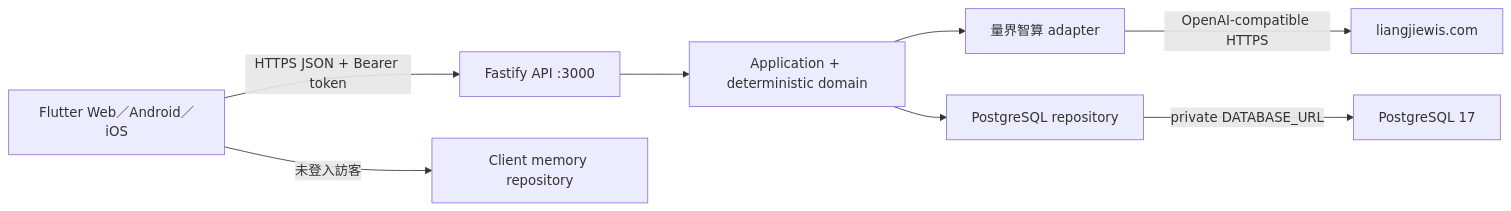
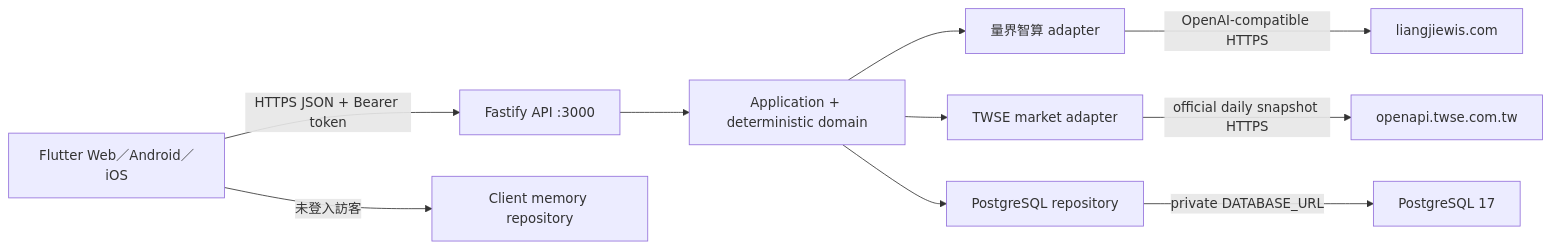
One commit to Sutdents-Project-Hub/FutureMint_AI changed the diagram in docs/architecture.md. Above: the diagram before and after it, drawn with Mermaid. The commit also changed other lines of this file and 71 other files, not shown here.

````diff
--- a/docs/architecture.md
+++ b/docs/architecture.md
@@ -7,10 +7,12 @@
 ```mermaid
 flowchart LR
     U["Flutter Web／Android／iOS"] -->|"HTTPS JSON + Bearer token"| A["Fastify API :3000"]
     A --> D["Application + deterministic domain"]
     D --> Q["量界智算 adapter"]
+    D --> T["TWSE market adapter"]
     D --> M["PostgreSQL repository"]
     Q -->|"OpenAI-compatible HTTPS"| L["liangjiewis.com"]
+    T -->|"official daily snapshot HTTPS"| X["openapi.twse.com.tw"]
     M -->|"private DATABASE_URL"| P["PostgreSQL 17"]
     U -->|"未登入訪客"| G["Client memory repository"]
 ```
````
